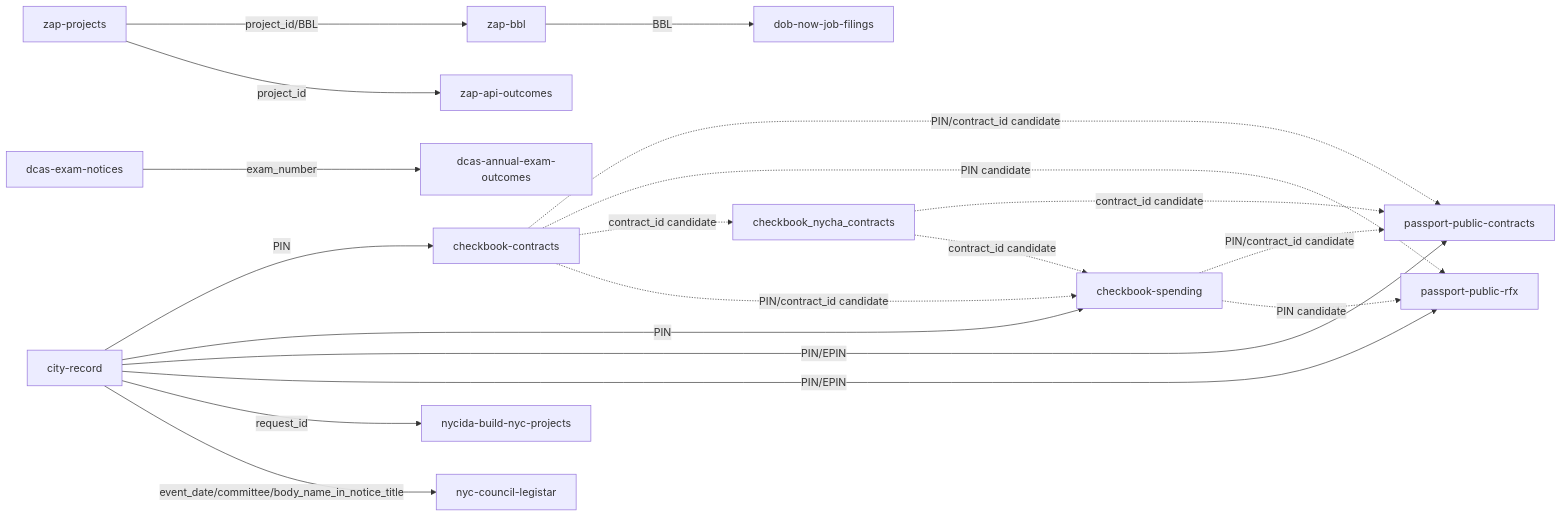
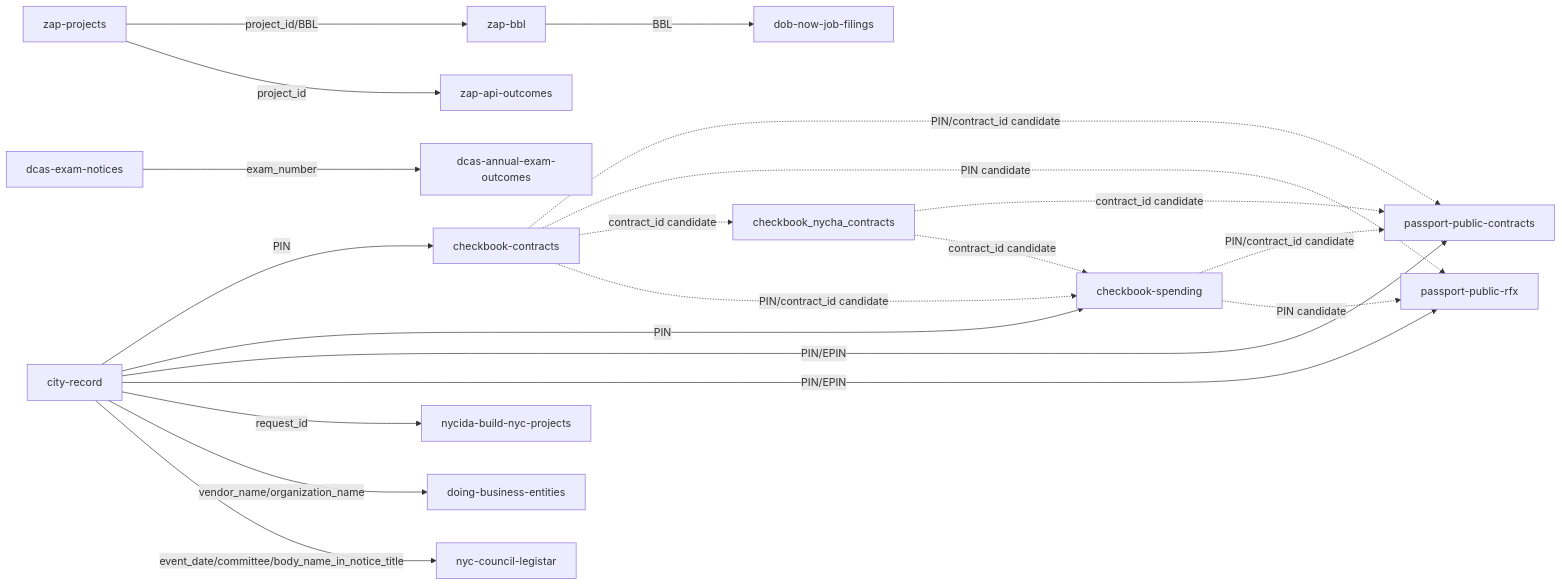
The diagram in docs/gap-taxonomy.md (cityscroll/cityscroll-app), drawn with Mermaid before and after one commit. The commit also changed other lines of this file and 28 other files, not shown here.

First line of the commit message:
Enrich vendor profiles with Doing Business Search entities

````diff
--- a/docs/gap-taxonomy.md
+++ b/docs/gap-taxonomy.md
@@ -115,21 +117,22 @@
 ```mermaid
 graph LR
   city_record[city-record] -->|PIN| checkbook_contracts[checkbook-contracts]
   city_record[city-record] -->|PIN| checkbook_spending[checkbook-spending]
   city_record[city-record] -->|PIN/EPIN| passport_public_contracts[passport-public-contracts]
   city_record[city-record] -->|PIN/EPIN| passport_public_rfx[passport-public-rfx]
   city_record[city-record] -->|request_id| nycida_build_nyc_projects[nycida-build-nyc-projects]
+  city_record[city-record] -->|vendor_name/organization_name| doing_business_entities[doing-business-entities]
   city_record[city-record] -->|event_date/committee/body_name_in_notice_title| nyc_council_legistar[nyc-council-legistar]
   dcas_exam_notices[dcas-exam-notices] -->|exam_number| dcas_annual_exam_outcomes[dcas-annual-exam-outcomes]
   zap_bbl[zap-bbl] -->|BBL| dob_now_job_filings[dob-now-job-filings]
   zap_projects[zap-projects] -->|project_id/BBL| zap_bbl[zap-bbl]
   zap_projects[zap-projects] -->|project_id| zap_api_outcomes[zap-api-outcomes]
   checkbook_contracts-.->|PIN/contract_id candidate| passport_public_contracts
   checkbook_contracts-.->|PIN candidate| passport_public_rfx
   checkbook_nycha_contracts-.->|contract_id candidate| passport_public_contracts
   checkbook_spending-.->|PIN/contract_id candidate| passport_public_contracts
   checkbook_spending-.->|PIN candidate| passport_public_rfx
   checkbook_contracts-.->|contract_id candidate| checkbook_nycha_contracts
   checkbook_contracts-.->|PIN/contract_id candidate| checkbook_spending
   checkbook_nycha_contracts-.->|contract_id candidate| checkbook_spending
 ```
````
